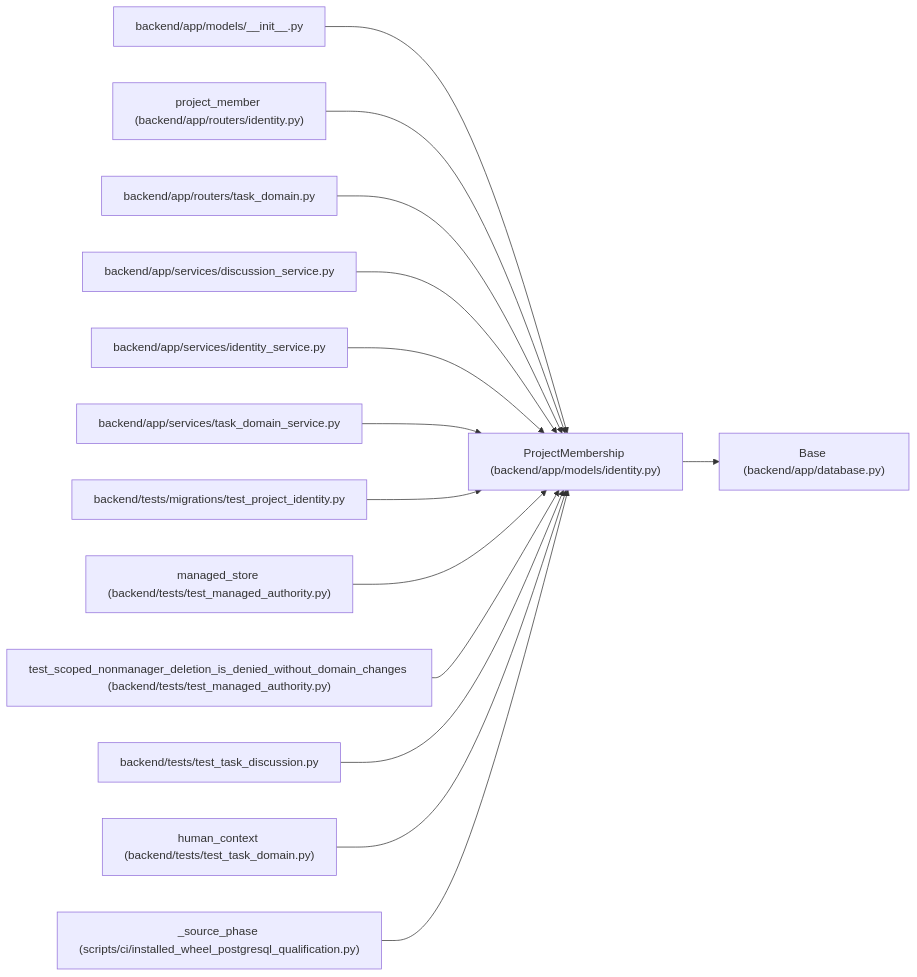
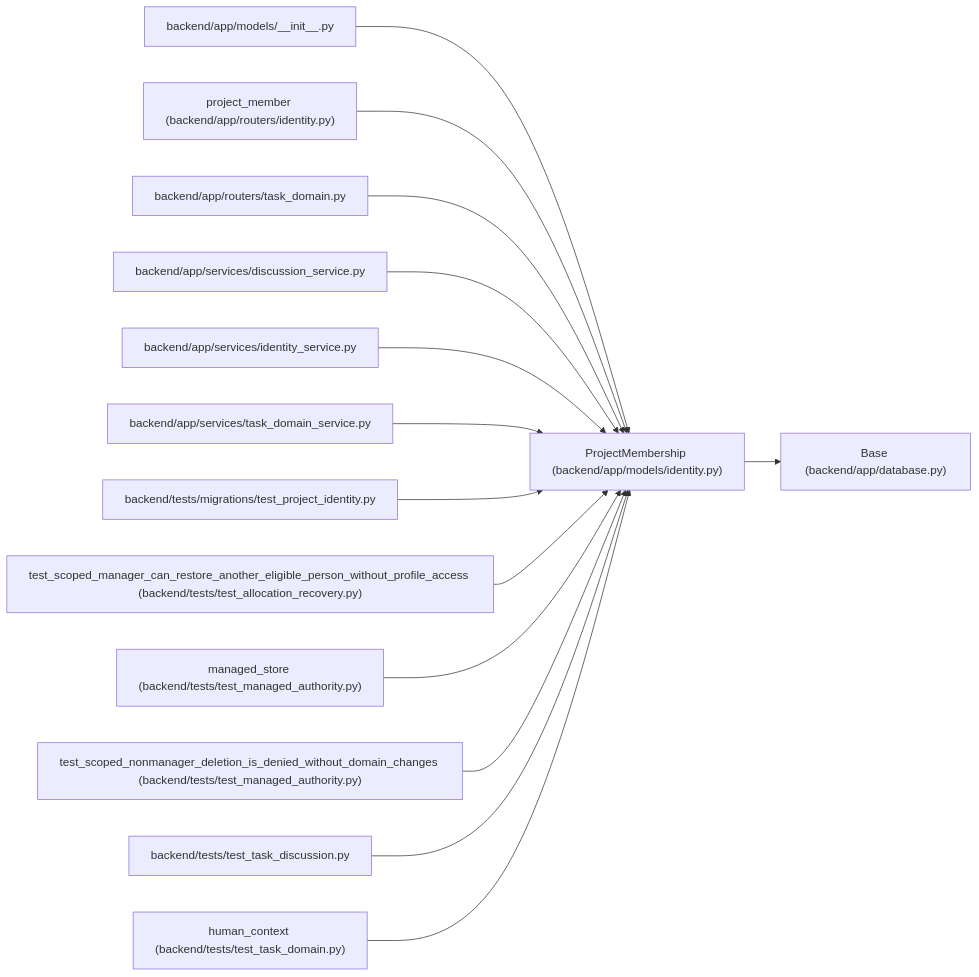
Before and after one commit to Denissvgn/WorkChord: the diagram in docs/llm_wiki/entities/ProjectMembership.md, drawn with Mermaid. The commit also changed other lines of this file and 383 other files, not shown here.

Commit message:
docs(wiki): document complete person recovery provenance

````diff
--- a/docs/llm_wiki/entities/ProjectMembership.md
+++ b/docs/llm_wiki/entities/ProjectMembership.md
@@ -28,44 +28,44 @@
 ```mermaid
 flowchart LR
     n0["ProjectMembership (backend/app/models/identity.py)"]
     n1["Base (backend/app/database.py)"]
     n2["backend/app/models/__init__.py"]
     n3["project_member (backend/app/routers/identity.py)"]
     n4["backend/app/routers/task_domain.py"]
     n5["backend/app/services/discussion_service.py"]
     n6["backend/app/services/identity_service.py"]
     n7["backend/app/services/task_domain_service.py"]
     n8["backend/tests/migrations/test_project_identity.py"]
-    n9["managed_store (backend/tests/test_managed_authority.py)"]
-    n10["test_scoped_nonmanager_deletion_is_denied_without_domain_changes (backend/tests/test_managed_authority.py)"]
-    n11["backend/tests/test_task_discussion.py"]
-    n12["human_context (backend/tests/test_task_domain.py)"]
-    n13["_source_phase (scripts/ci/installed_wheel_postgresql_qualification.py)"]
+    n9["test_scoped_manager_can_restore_another_eligible_person_without_profile_access (backend/tests/test_allocation_recovery.py)"]
+    n10["managed_store (backend/tests/test_managed_authority.py)"]
+    n11["test_scoped_nonmanager_deletion_is_denied_without_domain_changes (backend/tests/test_managed_authority.py)"]
+    n12["backend/tests/test_task_discussion.py"]
+    n13["human_context (backend/tests/test_task_domain.py)"]
     n0 --> n1
     n2 --> n0
     n3 --> n0
     n4 --> n0
     n5 --> n0
     n6 --> n0
     n7 --> n0
     n8 --> n0
     n9 --> n0
     n10 --> n0
     n11 --> n0
     n12 --> n0
     n13 --> n0
     click n0 "../modules/models_identity.md"
     click n1 "../modules/app_database.md"
     click n2 "../modules/models___init__.md"
     click n3 "../modules/routers_identity.md"
     click n4 "../modules/routers_task_domain.md"
     click n5 "../modules/discussion_service.md"
     click n6 "../modules/identity_service.md"
     click n7 "../modules/task_domain_service.md"
     click n8 "../modules/test_project_identity.md"
-    click n9 "../modules/test_managed_authority.md"
+    click n9 "../modules/test_allocation_recovery.md"
     click n10 "../modules/test_managed_authority.md"
-    click n11 "../modules/test_task_discussion.md"
-    click n12 "../modules/test_task_domain.md"
-    click n13 "../modules/installed_wheel_postgresql_qualification.md"
+    click n11 "../modules/test_managed_authority.md"
+    click n12 "../modules/test_task_discussion.md"
+    click n13 "../modules/test_task_domain.md"
 ```
````
